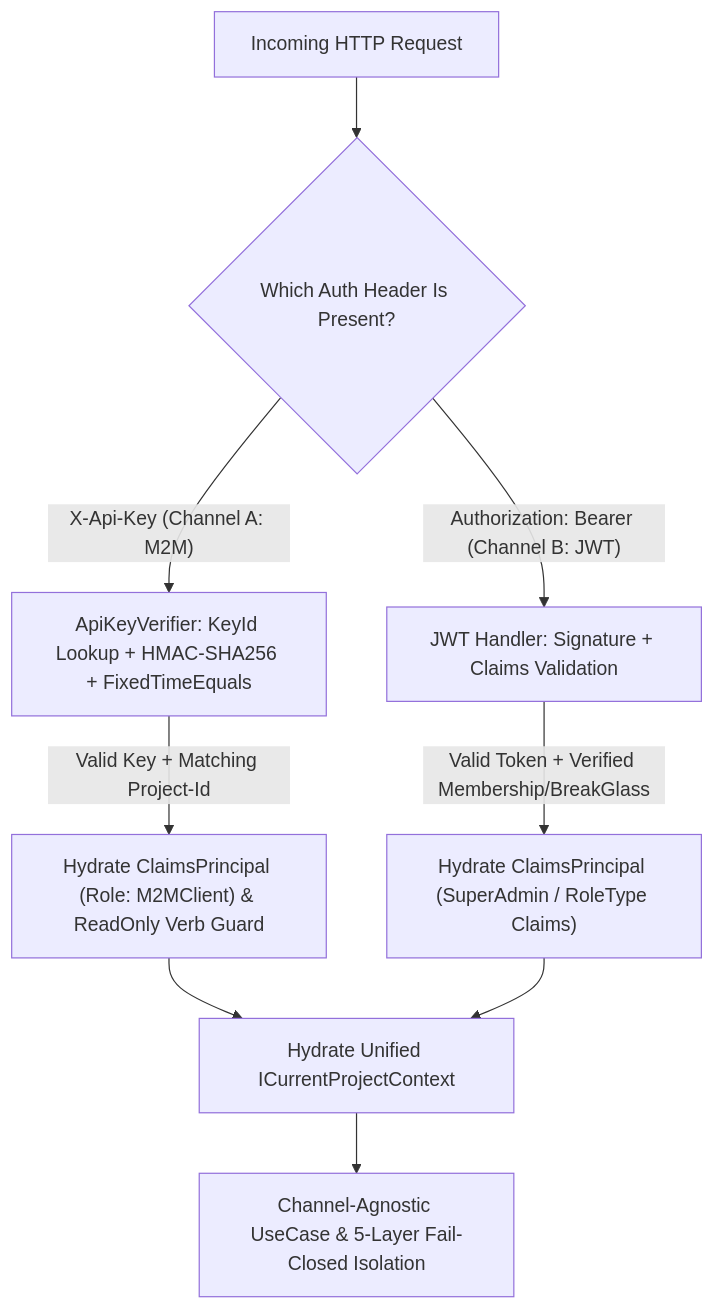
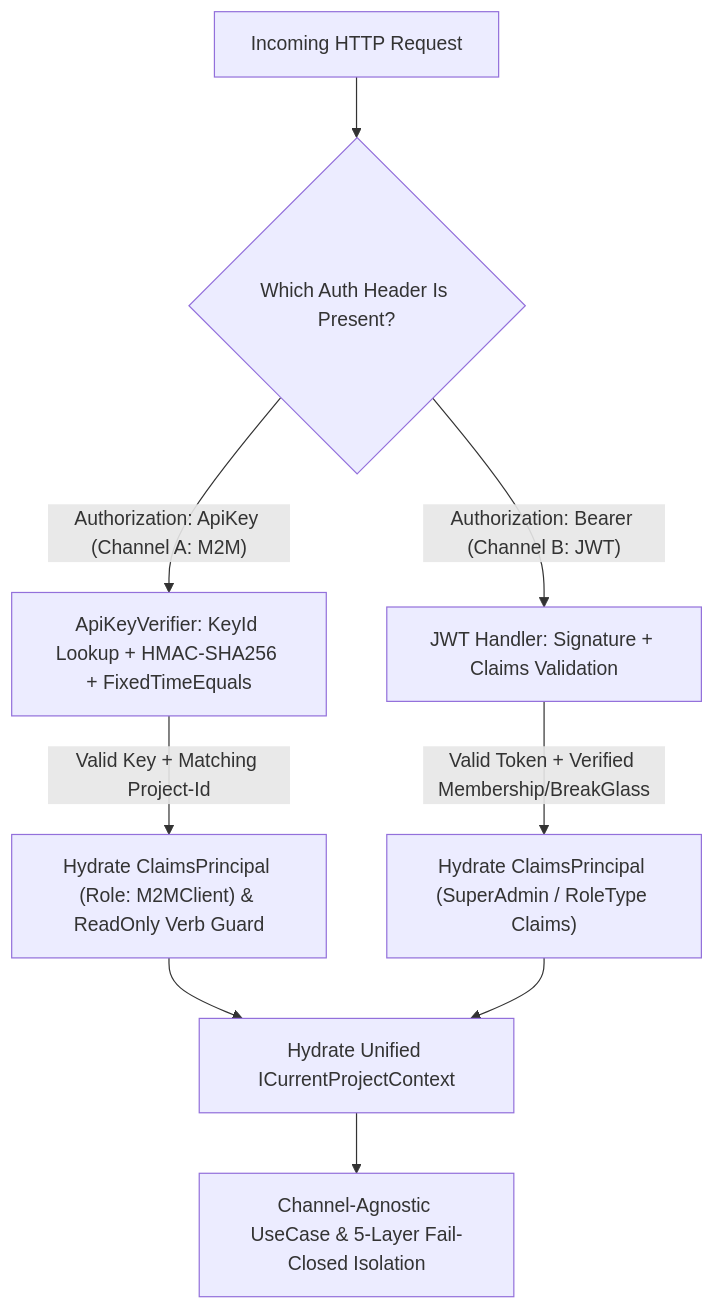
Before and after one commit to suang05/doc_template: the second of 2 diagrams in specs/03_specialized_mechanics/multi_tenant_security_pipeline.md, drawn with Mermaid. The commit also changed other lines of this file and 15 other files, not shown here.

Commit message:
docs: add comprehensive architecture specs and update agent guidelines

````diff
--- a/specs/03_specialized_mechanics/multi_tenant_security_pipeline.md
+++ b/specs/03_specialized_mechanics/multi_tenant_security_pipeline.md
@@ -92,11 +92,11 @@
 ```mermaid
 graph TD
     Request["Incoming HTTP Request"] --> AuthCheck{"Which Auth Header Is Present?"}
-    AuthCheck -->|"X-Api-Key (Channel A: M2M)"| ChannelA["ApiKeyVerifier: KeyId Lookup + HMAC-SHA256 + FixedTimeEquals"]
+    AuthCheck -->|"Authorization: ApiKey (Channel A: M2M)"| ChannelA["ApiKeyVerifier: KeyId Lookup + HMAC-SHA256 + FixedTimeEquals"]
     AuthCheck -->|"Authorization: Bearer (Channel B: JWT)"| ChannelB["JWT Handler: Signature + Claims Validation"]
     ChannelA -->|"Valid Key + Matching Project-Id"| M2MHydrate["Hydrate ClaimsPrincipal (Role: M2MClient) & ReadOnly Verb Guard"]
     ChannelB -->|"Valid Token + Verified Membership/BreakGlass"| JWTHydrate["Hydrate ClaimsPrincipal (SuperAdmin / RoleType Claims)"]
     M2MHydrate --> Context["Hydrate Unified ICurrentProjectContext"]
     JWTHydrate --> Context
     Context --> Inner["Channel-Agnostic UseCase & 5-Layer Fail-Closed Isolation"]
 ```
````
